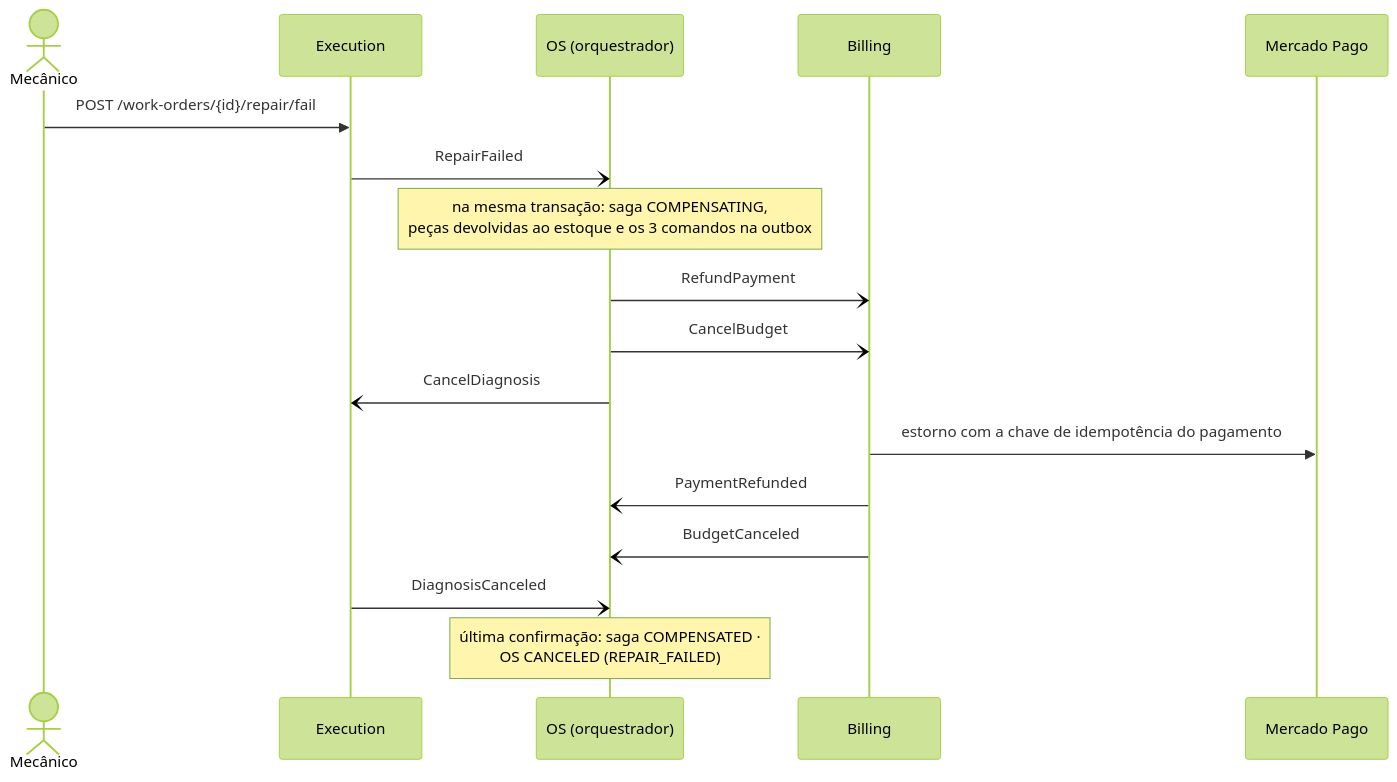
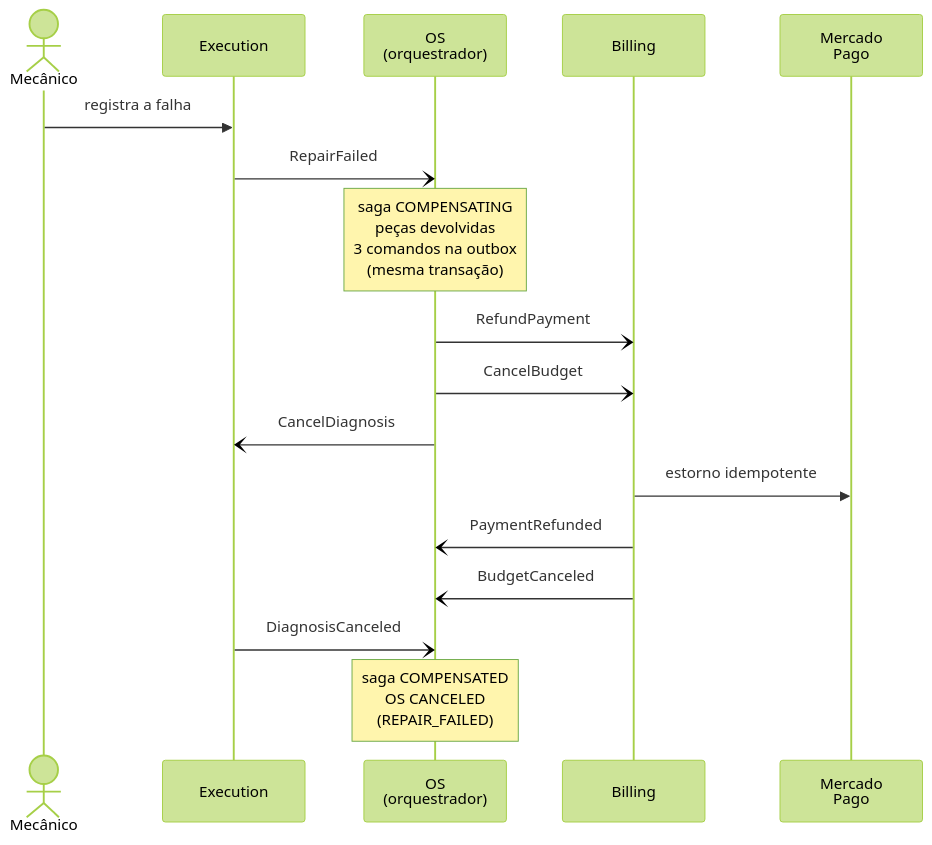
The second of 3 diagrams in docs/arquitetura/sequencia.md (CleytonOngaratto/fiap-fase4-os-service), drawn with Mermaid (forest theme) before and after one commit. The commit also changed other lines of this file and 27 other files, not shown here.

````diff
--- a/docs/arquitetura/sequencia.md
+++ b/docs/arquitetura/sequencia.md
@@ -68,20 +68,20 @@
 ```mermaid
 sequenceDiagram
     actor M as Mecânico
     participant E as Execution
-    participant OS as OS (orquestrador)
+    participant OS as OS<br/>(orquestrador)
     participant B as Billing
-    participant MP as Mercado Pago
+    participant MP as Mercado<br/>Pago
 
-    M->>E: POST /work-orders/{id}/repair/fail
+    M->>E: registra a falha
     E-)OS: RepairFailed
-    Note over OS: na mesma transação: saga COMPENSATING,<br/>peças devolvidas ao estoque e os 3 comandos na outbox
+    Note over OS: saga COMPENSATING<br/>peças devolvidas<br/>3 comandos na outbox<br/>(mesma transação)
     OS-)B: RefundPayment
     OS-)B: CancelBudget
     OS-)E: CancelDiagnosis
-    B->>MP: estorno com a chave de idempotência do pagamento
+    B->>MP: estorno idempotente
     B-)OS: PaymentRefunded
     B-)OS: BudgetCanceled
     E-)OS: DiagnosisCanceled
-    Note over OS: última confirmação: saga COMPENSATED ·<br/>OS CANCELED (REPAIR_FAILED)
+    Note over OS: saga COMPENSATED<br/>OS CANCELED<br/>(REPAIR_FAILED)
 ```
````
